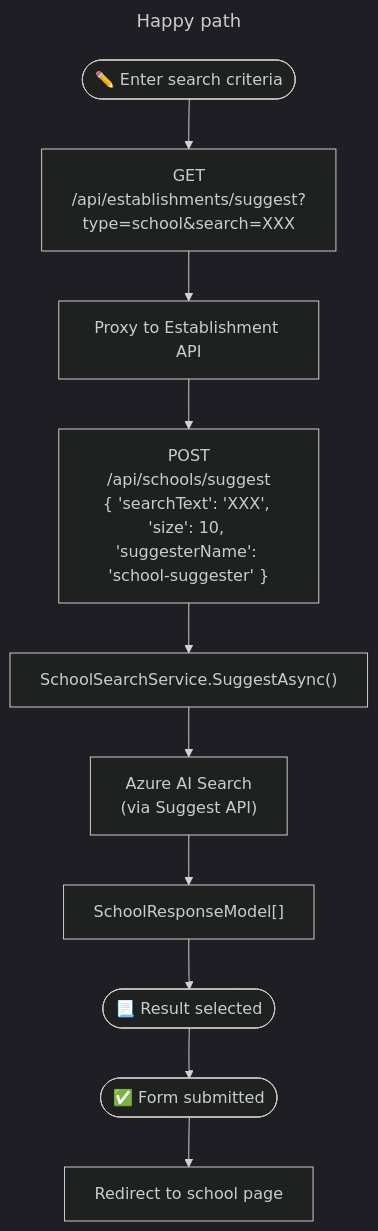
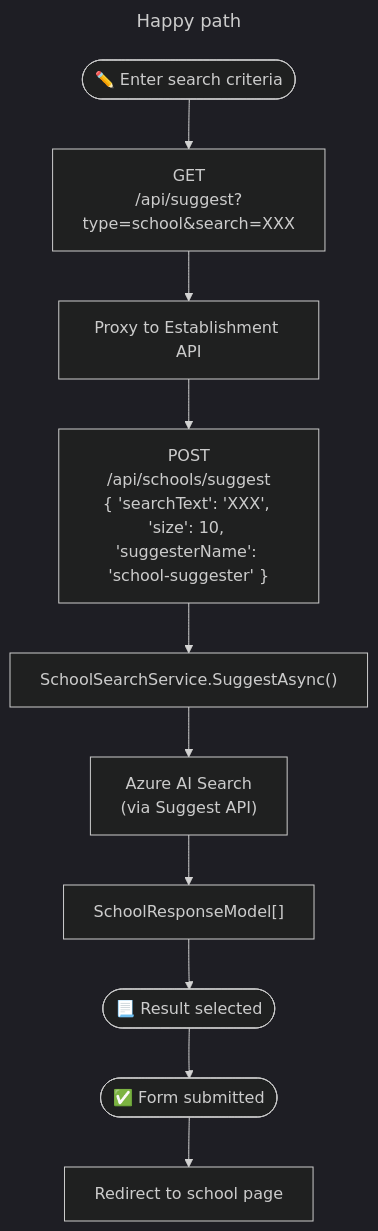
Before and after one commit to DFE-Digital/education-benchmarking-and-insights: the diagram in documentation/developers/features/find-organisation.md, drawn with Mermaid (dark theme). The commit also changed other lines of this file, not shown here.

Commit message:
fix: update url in documentation

````diff
--- a/documentation/developers/features/find-organisation.md
+++ b/documentation/developers/features/find-organisation.md
@@ -47,15 +47,15 @@
 ```mermaid
 ---
 title: Happy path
 ---
 flowchart TD
-A([✏️ Enter search criteria]) --> B[GET\n/api/establishments/suggest?type=school&search=XXX ]
+A([✏️ Enter search criteria]) --> B[GET\n/api/suggest?type=school&search=XXX ]
   B --> C[Proxy to Establishment API]
   C --> D["POST\n/api/schools/suggest\n{ 'searchText': 'XXX', 'size': 10, 'suggesterName': 'school-suggester' }"]
   D --> E["SchoolSearchService.SuggestAsync()"]
   E --> F["Azure AI Search\n(via Suggest API)"]
   F --> G["SchoolResponseModel[]"]
   G --> H([📃 Result selected])
   H --> I([✅ Form submitted])
   I --> J[Redirect to school page]
 ```
````
